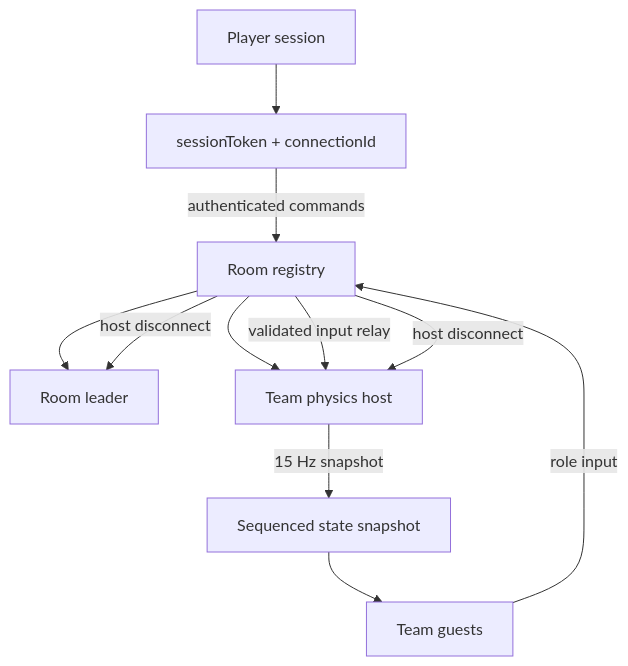
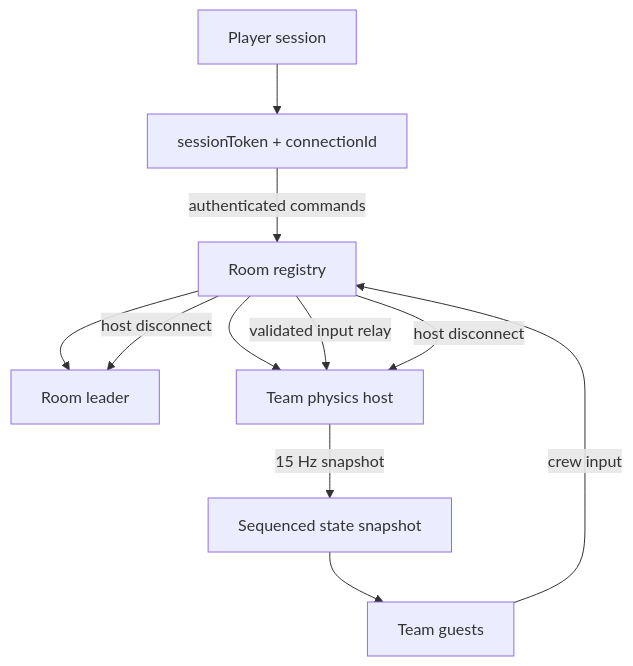
The second of 6 diagrams in README.md (Sathvikar01/collaborative-multiplayer-physics-game-v2), drawn with Mermaid before and after one commit. The commit also changed other lines of this file and 23 other files, not shown here.

````diff
--- a/README.md
+++ b/README.md
@@ -86,21 +88,21 @@
 ```mermaid
 flowchart TD
   PLAYER[Player session]
   SESSION[sessionToken + connectionId]
   ROOM[Room registry]
   LEADER[Room leader]
   HOST[Team physics host]
   GUEST[Team guests]
   SNAP[Sequenced state snapshot]
 
   PLAYER --> SESSION
   SESSION -->|authenticated commands| ROOM
   ROOM --> LEADER
   ROOM --> HOST
-  GUEST -->|role input| ROOM
+  GUEST -->|crew input| ROOM
   ROOM -->|validated input relay| HOST
   HOST -->|15 Hz snapshot| SNAP
   SNAP --> GUEST
   ROOM -->|host disconnect| HOST
   ROOM -->|host disconnect| LEADER
 ```
````
